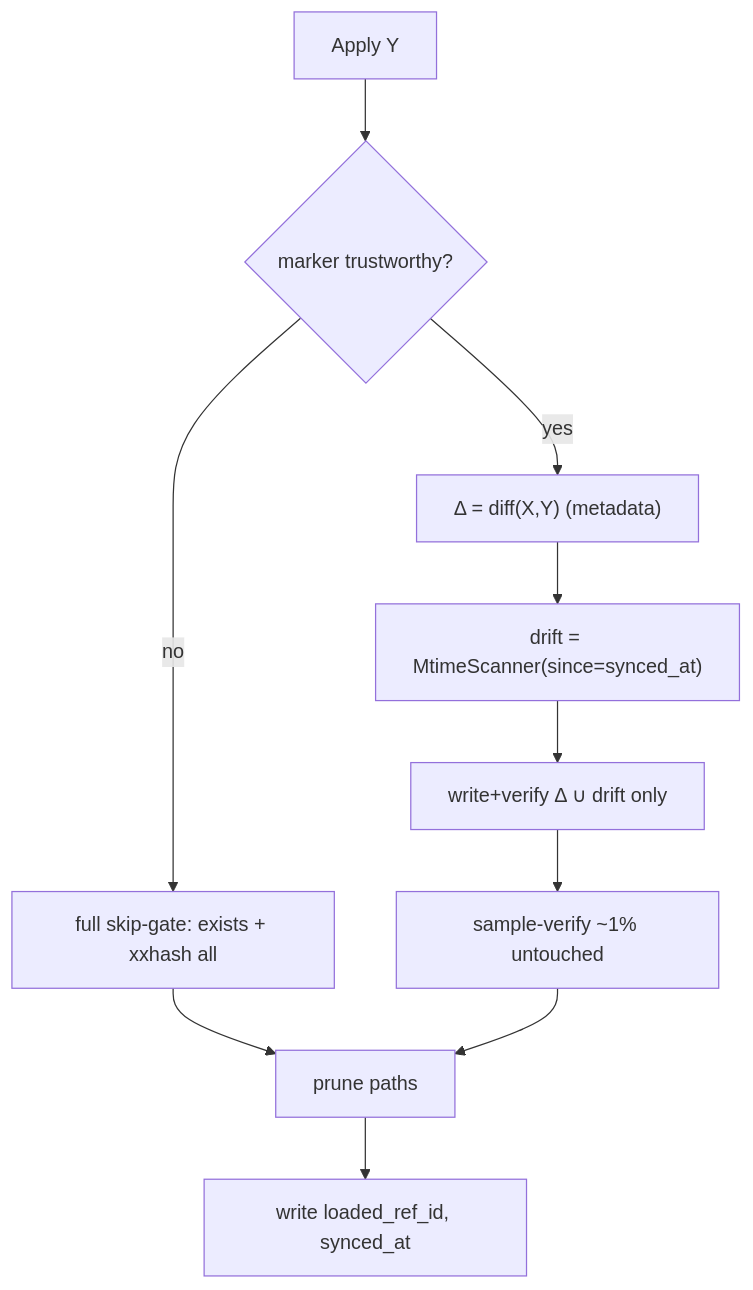
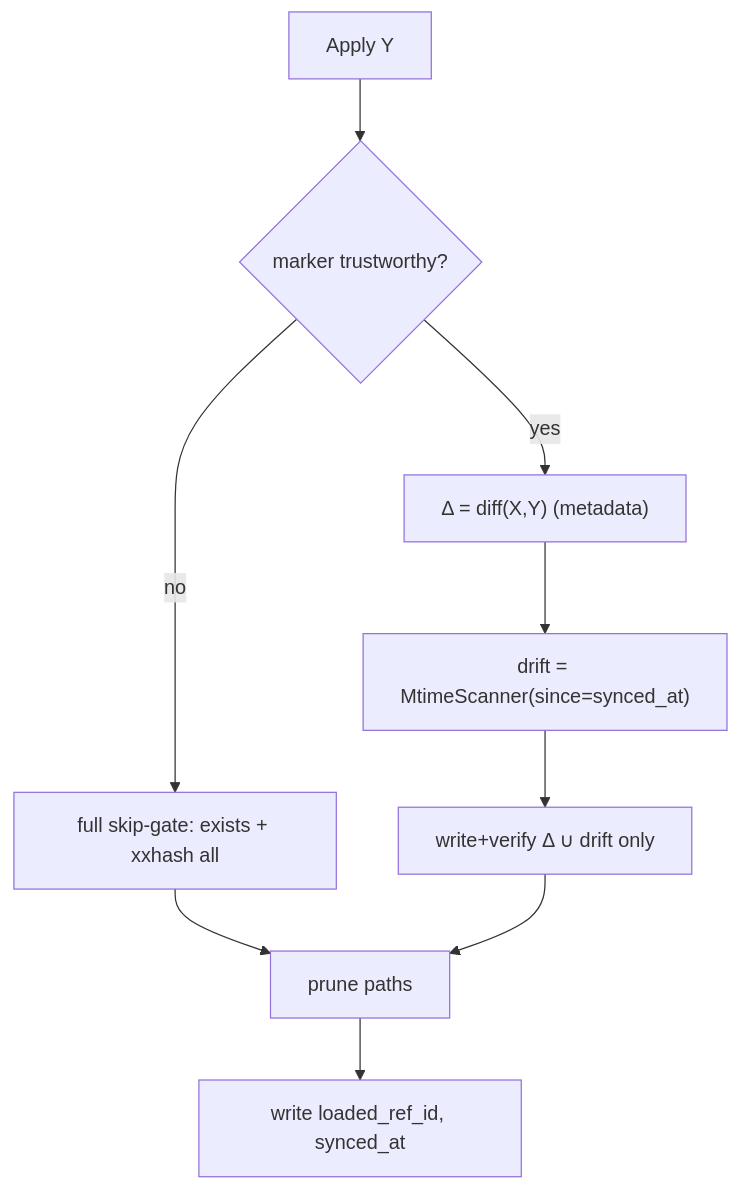
Before and after one commit to k10wl/ritual: the diagram in design-log/046-diff-driven-apply-commit.md, drawn with Mermaid. The commit also changed other lines of this file and 16 other files, not shown here.

````diff
--- a/design-log/046-diff-driven-apply-commit.md
+++ b/design-log/046-diff-driven-apply-commit.md
@@ -92,10 +98,9 @@
 ```mermaid
 flowchart TD
   A[Apply Y] --> M{marker trustworthy?}
   M -- no --> F[full skip-gate: exists + xxhash all] --> P[prune paths] --> W[write loaded_ref_id, synced_at]
   M -- yes --> D["Δ = diff(X,Y) (metadata)"]
   D --> G["drift = MtimeScanner(since=synced_at)"]
   G --> T["write+verify Δ ∪ drift only"]
-  T --> S["sample-verify ~1% untouched"]
-  S --> P
+  T --> P
 ```
````
